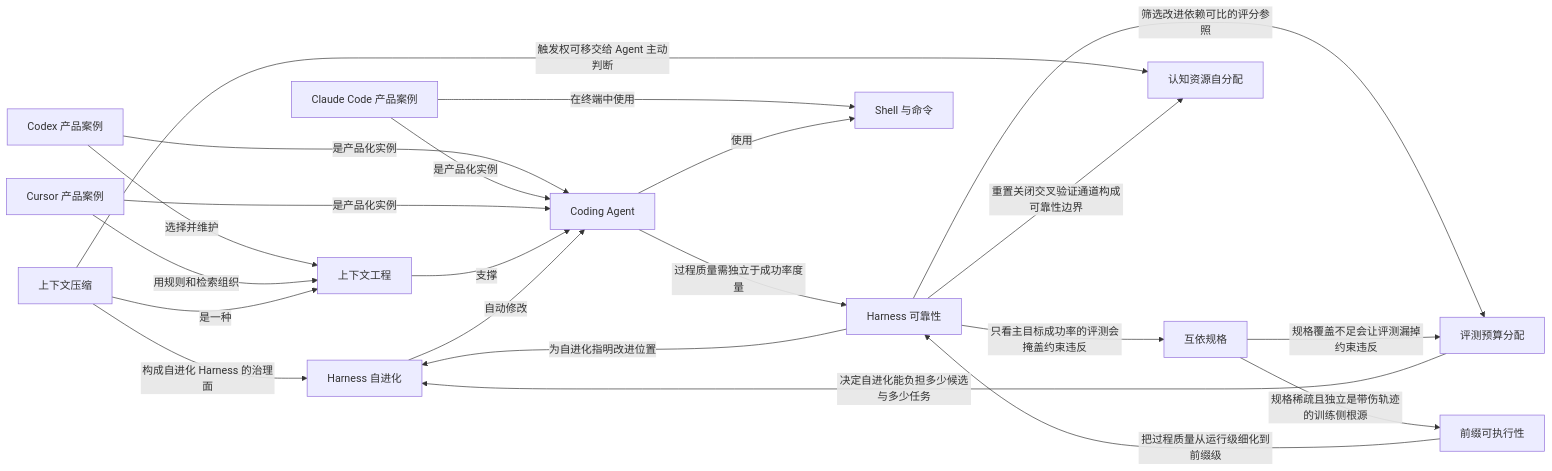
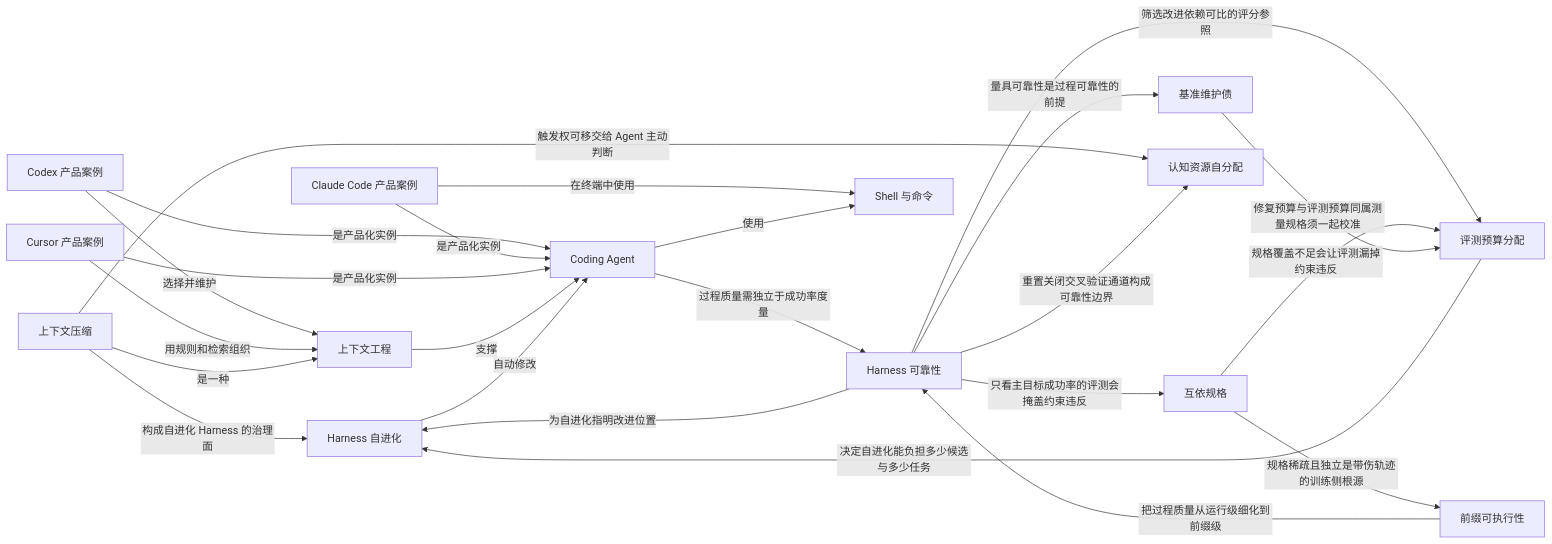
Before and after one commit to z-Zihan/LLM-101: the seventh of 10 diagrams in 知识网络.md, drawn with Mermaid. The commit also changed other lines of this file and 5 other files, not shown here.

First line of the commit message:
docs(agent): add benchmark maintenance debt and continuous validation section (#21)

````diff
--- a/知识网络.md
+++ b/知识网络.md
@@ -436,37 +437,40 @@
 ```mermaid
 flowchart LR
     n_harness_self_evolution["Harness 自进化"]
     n_harness_reliability["Harness 可靠性"]
     n_eval_budget["评测预算分配"]
+    n_benchmark_maintenance_debt["基准维护债"]
     n_prefix_executability["前缀可执行性"]
     n_interdependent_specs["互依规格"]
     n_coding_agent["Coding Agent"]
     n_codex_product["Codex 产品案例"]
     n_claude_code_product["Claude Code 产品案例"]
     n_cursor_product["Cursor 产品案例"]
     n_context_engineering["上下文工程"]
     n_context_compaction["上下文压缩"]
     n_coral_context_self_allocation["认知资源自分配"]
     n_shell["Shell 与命令"]
     n_codex_product -->|"是产品化实例"| n_coding_agent
     n_codex_product -->|"选择并维护"| n_context_engineering
     n_claude_code_product -->|"是产品化实例"| n_coding_agent
     n_claude_code_product -->|"在终端中使用"| n_shell
     n_cursor_product -->|"是产品化实例"| n_coding_agent
     n_cursor_product -->|"用规则和检索组织"| n_context_engineering
     n_coding_agent -->|"使用"| n_shell
     n_context_engineering -->|"支撑"| n_coding_agent
     n_context_compaction -->|"是一种"| n_context_engineering
     n_context_compaction -->|"触发权可移交给 Agent 主动判断"| n_coral_context_self_allocation
     n_harness_reliability -->|"重置关闭交叉验证通道构成可靠性边界"| n_coral_context_self_allocation
     n_harness_self_evolution -->|"自动修改"| n_coding_agent
     n_context_compaction -->|"构成自进化 Harness 的治理面"| n_harness_self_evolution
     n_coding_agent -->|"过程质量需独立于成功率度量"| n_harness_reliability
     n_harness_reliability -->|"为自进化指明改进位置"| n_harness_self_evolution
     n_eval_budget -->|"决定自进化能负担多少候选与多少任务"| n_harness_self_evolution
     n_harness_reliability -->|"筛选改进依赖可比的评分参照"| n_eval_budget
     n_prefix_executability -->|"把过程质量从运行级细化到前缀级"| n_harness_reliability
     n_interdependent_specs -->|"规格稀疏且独立是带伤轨迹的训练侧根源"| n_prefix_executability
     n_interdependent_specs -->|"规格覆盖不足会让评测漏掉约束违反"| n_eval_budget
     n_harness_reliability -->|"只看主目标成功率的评测会掩盖约束违反"| n_interdependent_specs
+    n_benchmark_maintenance_debt -->|"修复预算与评测预算同属测量规格须一起校准"| n_eval_budget
+    n_harness_reliability -->|"量具可靠性是过程可靠性的前提"| n_benchmark_maintenance_debt
 ```
````
